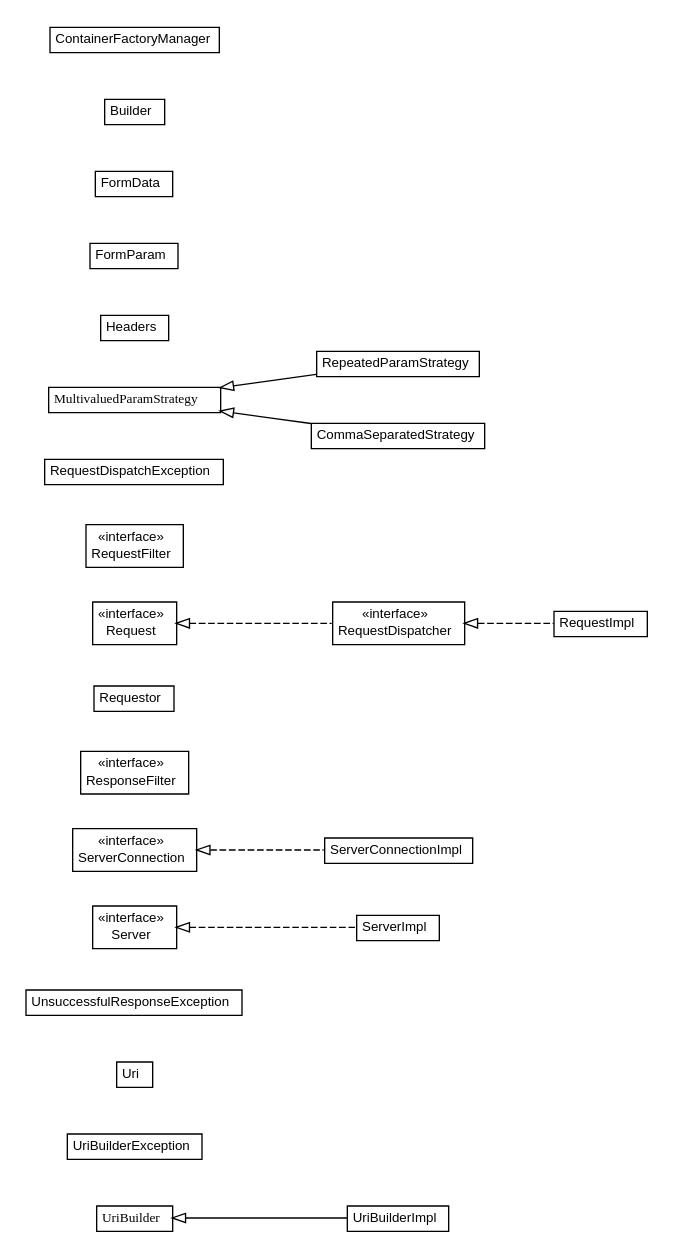
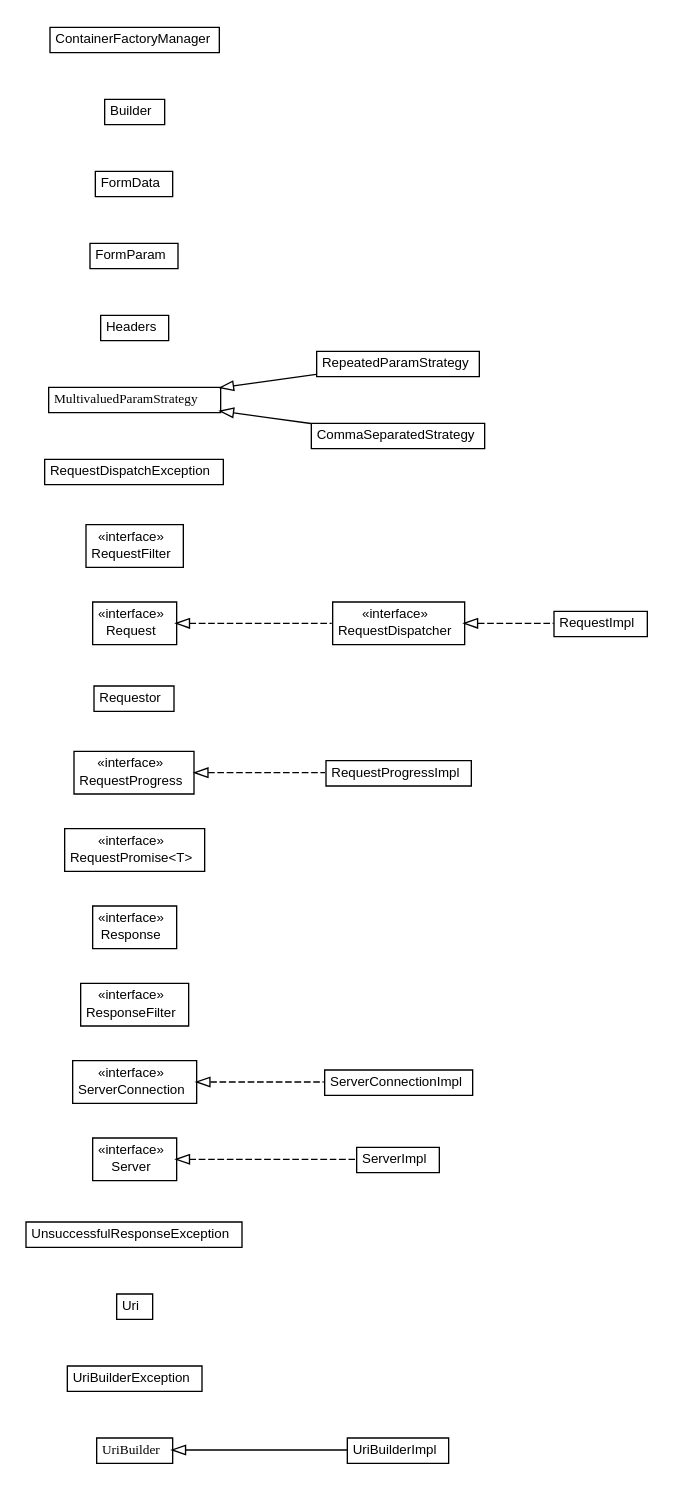
The diagram in javadoc/apidocs/org/turbogwt/net/http/client/org.turbogwt.net.http.client.dot (growbit/turbogwt-http), drawn with Graphviz before and after one commit. The commit also changed 261 other files, not shown here.

```diff
--- a/javadoc/apidocs/org/turbogwt/net/http/client/org.turbogwt.net.http.client.dot
+++ b/javadoc/apidocs/org/turbogwt/net/http/client/org.turbogwt.net.http.client.dot
@@ -11,68 +11,95 @@
 	ranksep=0.5;
 	rankdir=LR;
 	// org.turbogwt.net.http.client.UriBuilderImpl
-	c148 [label=<<table title="org.turbogwt.net.http.client.UriBuilderImpl" border="0" cellborder="1" cellspacing="0" cellpadding="2" port="p" href="./UriBuilderImpl.html">
+	c144 [label=<<table title="org.turbogwt.net.http.client.UriBuilderImpl" border="0" cellborder="1" cellspacing="0" cellpadding="2" port="p" href="./UriBuilderImpl.html">
 		<tr><td><table border="0" cellspacing="0" cellpadding="1">
 <tr><td align="center" balign="center"> UriBuilderImpl </td></tr>
 		</table></td></tr>
 		</table>>, URL="./UriBuilderImpl.html", fontname="arial", fontcolor="black", fontsize=10.0];
 	// org.turbogwt.net.http.client.UriBuilderException
-	c149 [label=<<table title="org.turbogwt.net.http.client.UriBuilderException" border="0" cellborder="1" cellspacing="0" cellpadding="2" port="p" href="./UriBuilderException.html">
+	c145 [label=<<table title="org.turbogwt.net.http.client.UriBuilderException" border="0" cellborder="1" cellspacing="0" cellpadding="2" port="p" href="./UriBuilderException.html">
 		<tr><td><table border="0" cellspacing="0" cellpadding="1">
 <tr><td align="center" balign="center"> UriBuilderException </td></tr>
 		</table></td></tr>
 		</table>>, URL="./UriBuilderException.html", fontname="arial", fontcolor="black", fontsize=10.0];
 	// org.turbogwt.net.http.client.UriBuilder
-	c150 [label=<<table title="org.turbogwt.net.http.client.UriBuilder" border="0" cellborder="1" cellspacing="0" cellpadding="2" port="p" href="./UriBuilder.html">
+	c146 [label=<<table title="org.turbogwt.net.http.client.UriBuilder" border="0" cellborder="1" cellspacing="0" cellpadding="2" port="p" href="./UriBuilder.html">
 		<tr><td><table border="0" cellspacing="0" cellpadding="1">
 <tr><td align="center" balign="center"><font face="arial italic"> UriBuilder </font></td></tr>
 		</table></td></tr>
 		</table>>, URL="./UriBuilder.html", fontname="arial", fontcolor="black", fontsize=10.0];
 	// org.turbogwt.net.http.client.Uri
-	c151 [label=<<table title="org.turbogwt.net.http.client.Uri" border="0" cellborder="1" cellspacing="0" cellpadding="2" port="p" href="./Uri.html">
+	c147 [label=<<table title="org.turbogwt.net.http.client.Uri" border="0" cellborder="1" cellspacing="0" cellpadding="2" port="p" href="./Uri.html">
 		<tr><td><table border="0" cellspacing="0" cellpadding="1">
 <tr><td align="center" balign="center"> Uri </td></tr>
 		</table></td></tr>
 		</table>>, URL="./Uri.html", fontname="arial", fontcolor="black", fontsize=10.0];
 	// org.turbogwt.net.http.client.UnsuccessfulResponseException
-	c152 [label=<<table title="org.turbogwt.net.http.client.UnsuccessfulResponseException" border="0" cellborder="1" cellspacing="0" cellpadding="2" port="p" href="./UnsuccessfulResponseException.html">
+	c148 [label=<<table title="org.turbogwt.net.http.client.UnsuccessfulResponseException" border="0" cellborder="1" cellspacing="0" cellpadding="2" port="p" href="./UnsuccessfulResponseException.html">
 		<tr><td><table border="0" cellspacing="0" cellpadding="1">
 <tr><td align="center" balign="center"> UnsuccessfulResponseException </td></tr>
 		</table></td></tr>
 		</table>>, URL="./UnsuccessfulResponseException.html", fontname="arial", fontcolor="black", fontsize=10.0];
 	// org.turbogwt.net.http.client.ServerImpl
-	c153 [label=<<table title="org.turbogwt.net.http.client.ServerImpl" border="0" cellborder="1" cellspacing="0" cellpadding="2" port="p" href="./ServerImpl.html">
+	c149 [label=<<table title="org.turbogwt.net.http.client.ServerImpl" border="0" cellborder="1" cellspacing="0" cellpadding="2" port="p" href="./ServerImpl.html">
 		<tr><td><table border="0" cellspacing="0" cellpadding="1">
 <tr><td align="center" balign="center"> ServerImpl </td></tr>
 		</table></td></tr>
 		</table>>, URL="./ServerImpl.html", fontname="arial", fontcolor="black", fontsize=10.0];
 	// org.turbogwt.net.http.client.ServerConnectionImpl
-	c154 [label=<<table title="org.turbogwt.net.http.client.ServerConnectionImpl" border="0" cellborder="1" cellspacing="0" cellpadding="2" port="p" href="./ServerConnectionImpl.html">
+	c150 [label=<<table title="org.turbogwt.net.http.client.ServerConnectionImpl" border="0" cellborder="1" cellspacing="0" cellpadding="2" port="p" href="./ServerConnectionImpl.html">
 		<tr><td><table border="0" cellspacing="0" cellpadding="1">
 <tr><td align="center" balign="center"> ServerConnectionImpl </td></tr>
 		</table></td></tr>
 		</table>>, URL="./ServerConnectionImpl.html", fontname="arial", fontcolor="black", fontsize=10.0];
 	// org.turbogwt.net.http.client.ServerConnection
-	c155 [label=<<table title="org.turbogwt.net.http.client.ServerConnection" border="0" cellborder="1" cellspacing="0" cellpadding="2" port="p" href="./ServerConnection.html">
+	c151 [label=<<table title="org.turbogwt.net.http.client.ServerConnection" border="0" cellborder="1" cellspacing="0" cellpadding="2" port="p" href="./ServerConnection.html">
 		<tr><td><table border="0" cellspacing="0" cellpadding="1">
 <tr><td align="center" balign="center"> &#171;interface&#187; </td></tr>
 <tr><td align="center" balign="center"> ServerConnection </td></tr>
 		</table></td></tr>
 		</table>>, URL="./ServerConnection.html", fontname="arial", fontcolor="black", fontsize=10.0];
 	// org.turbogwt.net.http.client.Server
-	c156 [label=<<table title="org.turbogwt.net.http.client.Server" border="0" cellborder="1" cellspacing="0" cellpadding="2" port="p" href="./Server.html">
+	c152 [label=<<table title="org.turbogwt.net.http.client.Server" border="0" cellborder="1" cellspacing="0" cellpadding="2" port="p" href="./Server.html">
 		<tr><td><table border="0" cellspacing="0" cellpadding="1">
 <tr><td align="center" balign="center"> &#171;interface&#187; </td></tr>
 <tr><td align="center" balign="center"> Server </td></tr>
 		</table></td></tr>
 		</table>>, URL="./Server.html", fontname="arial", fontcolor="black", fontsize=10.0];
 	// org.turbogwt.net.http.client.ResponseFilter
-	c157 [label=<<table title="org.turbogwt.net.http.client.ResponseFilter" border="0" cellborder="1" cellspacing="0" cellpadding="2" port="p" href="./ResponseFilter.html">
+	c153 [label=<<table title="org.turbogwt.net.http.client.ResponseFilter" border="0" cellborder="1" cellspacing="0" cellpadding="2" port="p" href="./ResponseFilter.html">
 		<tr><td><table border="0" cellspacing="0" cellpadding="1">
 <tr><td align="center" balign="center"> &#171;interface&#187; </td></tr>
 <tr><td align="center" balign="center"> ResponseFilter </td></tr>
 		</table></td></tr>
 		</table>>, URL="./ResponseFilter.html", fontname="arial", fontcolor="black", fontsize=10.0];
+	// org.turbogwt.net.http.client.Response
+	c154 [label=<<table title="org.turbogwt.net.http.client.Response" border="0" cellborder="1" cellspacing="0" cellpadding="2" port="p" href="./Response.html">
+		<tr><td><table border="0" cellspacing="0" cellpadding="1">
+<tr><td align="center" balign="center"> &#171;interface&#187; </td></tr>
+<tr><td align="center" balign="center"> Response </td></tr>
+		</table></td></tr>
+		</table>>, URL="./Response.html", fontname="arial", fontcolor="black", fontsize=10.0];
+	// org.turbogwt.net.http.client.RequestPromise<T>
+	c155 [label=<<table title="org.turbogwt.net.http.client.RequestPromise" border="0" cellborder="1" cellspacing="0" cellpadding="2" port="p" href="./RequestPromise.html">
+		<tr><td><table border="0" cellspacing="0" cellpadding="1">
+<tr><td align="center" balign="center"> &#171;interface&#187; </td></tr>
+<tr><td align="center" balign="center"> RequestPromise&lt;T&gt; </td></tr>
+		</table></td></tr>
+		</table>>, URL="./RequestPromise.html", fontname="arial", fontcolor="black", fontsize=10.0];
+	// org.turbogwt.net.http.client.RequestProgressImpl
+	c156 [label=<<table title="org.turbogwt.net.http.client.RequestProgressImpl" border="0" cellborder="1" cellspacing="0" cellpadding="2" port="p" href="./RequestProgressImpl.html">
+		<tr><td><table border="0" cellspacing="0" cellpadding="1">
+<tr><td align="center" balign="center"> RequestProgressImpl </td></tr>
+		</table></td></tr>
+		</table>>, URL="./RequestProgressImpl.html", fontname="arial", fontcolor="black", fontsize=10.0];
+	// org.turbogwt.net.http.client.RequestProgress
+	c157 [label=<<table title="org.turbogwt.net.http.client.RequestProgress" border="0" cellborder="1" cellspacing="0" cellpadding="2" port="p" href="./RequestProgress.html">
+		<tr><td><table border="0" cellspacing="0" cellpadding="1">
+<tr><td align="center" balign="center"> &#171;interface&#187; </td></tr>
+<tr><td align="center" balign="center"> RequestProgress </td></tr>
+		</table></td></tr>
+		</table>>, URL="./RequestProgress.html", fontname="arial", fontcolor="black", fontsize=10.0];
 	// org.turbogwt.net.http.client.Requestor
 	c158 [label=<<table title="org.turbogwt.net.http.client.Requestor" border="0" cellborder="1" cellspacing="0" cellpadding="2" port="p" href="./Requestor.html">
 		<tr><td><table border="0" cellspacing="0" cellpadding="1">
@@ -161,11 +188,13 @@
 		</table></td></tr>
 		</table>>, URL="./ContainerFactoryManager.html", fontname="arial", fontcolor="black", fontsize=10.0];
 	//org.turbogwt.net.http.client.UriBuilderImpl extends org.turbogwt.net.http.client.UriBuilder
-	c150:p -> c148:p [dir=back,arrowtail=empty];
+	c146:p -> c144:p [dir=back,arrowtail=empty];
 	//org.turbogwt.net.http.client.ServerImpl implements org.turbogwt.net.http.client.Server
-	c156:p -> c153:p [dir=back,arrowtail=empty,style=dashed];
+	c152:p -> c149:p [dir=back,arrowtail=empty,style=dashed];
 	//org.turbogwt.net.http.client.ServerConnectionImpl implements org.turbogwt.net.http.client.ServerConnection
-	c155:p -> c154:p [dir=back,arrowtail=empty,style=dashed];
+	c151:p -> c150:p [dir=back,arrowtail=empty,style=dashed];
+	//org.turbogwt.net.http.client.RequestProgressImpl implements org.turbogwt.net.http.client.RequestProgress
+	c157:p -> c156:p [dir=back,arrowtail=empty,style=dashed];
 	//org.turbogwt.net.http.client.RequestImpl implements org.turbogwt.net.http.client.RequestDispatcher
 	c162:p -> c159:p [dir=back,arrowtail=empty,style=dashed];
 	//org.turbogwt.net.http.client.RequestDispatcher implements org.turbogwt.net.http.client.Request
```
